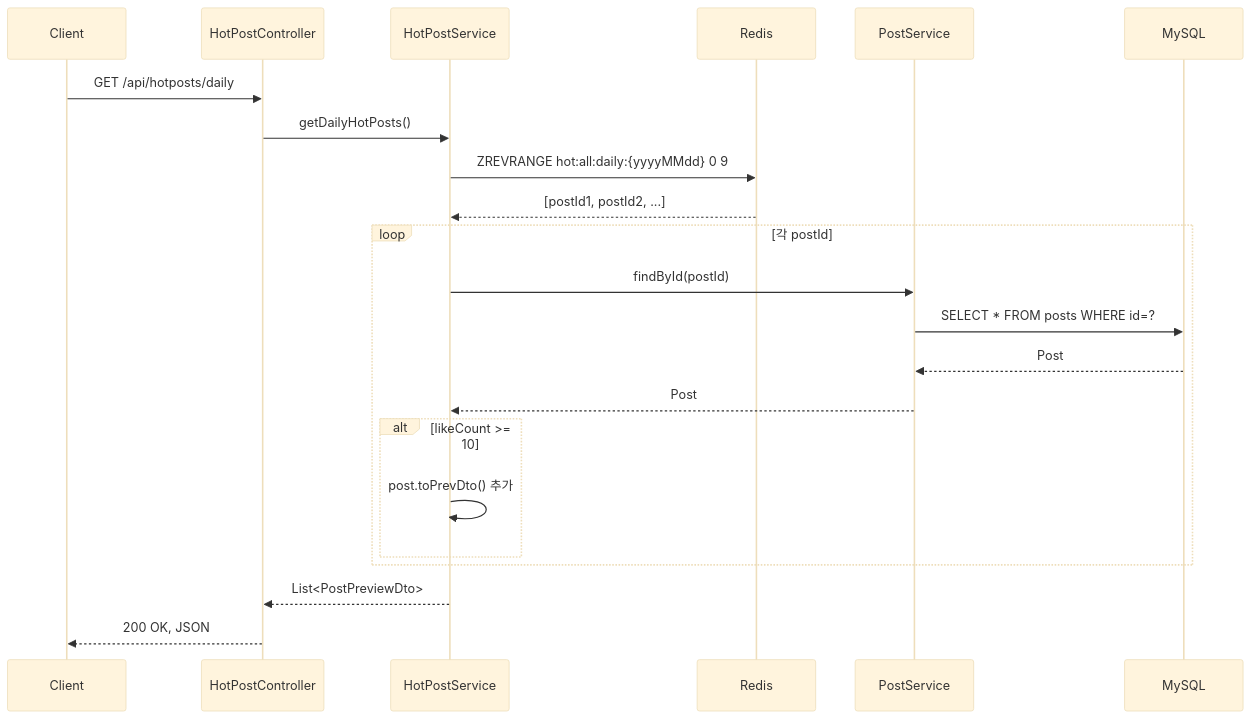
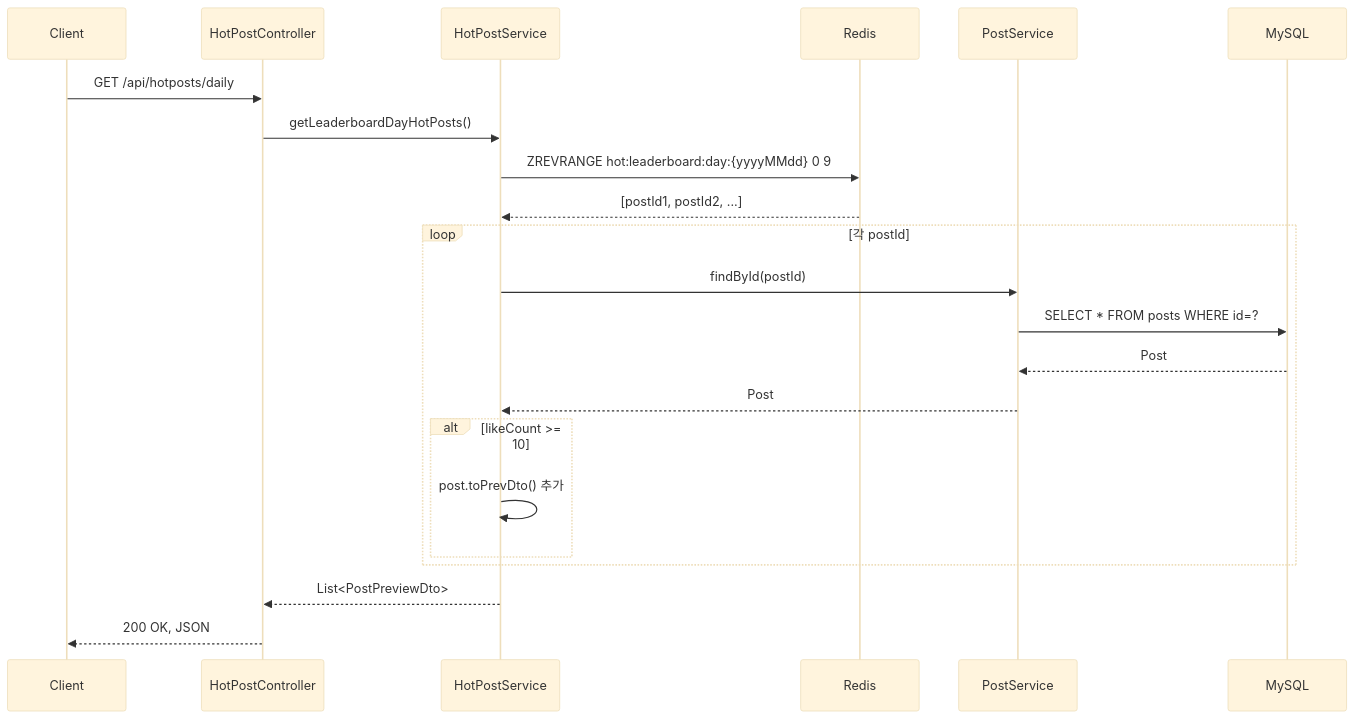
One commit to JangHyeok2909/highteenday-backend changed the third of 5 diagrams in docs/HOT_POST_SYSTEM.md. Above: the diagram before and after it, drawn with Mermaid (base theme). The commit also changed other lines of this file and 14 other files, not shown here.

First line of the commit message:
refactor: rename HotScore methods and Redis key prefix for clarity

````diff
--- a/docs/HOT_POST_SYSTEM.md
+++ b/docs/HOT_POST_SYSTEM.md
@@ -130,28 +121,28 @@
 ```mermaid
 sequenceDiagram
     participant Client as Client
     participant Controller as HotPostController
     participant HotSvc as HotPostService
     participant Redis as Redis
     participant PostSvc as PostService
     participant MySQL as MySQL
 
     Client->>Controller: GET /api/hotposts/daily
-    Controller->>HotSvc: getDailyHotPosts()
+    Controller->>HotSvc: getLeaderboardDayHotPosts()
 
-    HotSvc->>Redis: ZREVRANGE hot:all:daily:{yyyyMMdd} 0 9
+    HotSvc->>Redis: ZREVRANGE hot:leaderboard:day:{yyyyMMdd} 0 9
     Redis-->>HotSvc: [postId1, postId2, ...]
 
     loop 각 postId
         HotSvc->>PostSvc: findById(postId)
         PostSvc->>MySQL: SELECT * FROM posts WHERE id=?
         MySQL-->>PostSvc: Post
         PostSvc-->>HotSvc: Post
         alt likeCount >= 10
             HotSvc->>HotSvc: post.toPrevDto() 추가
         end
     end
 
     HotSvc-->>Controller: List<PostPreviewDto>
     Controller-->>Client: 200 OK, JSON
 ```
````
